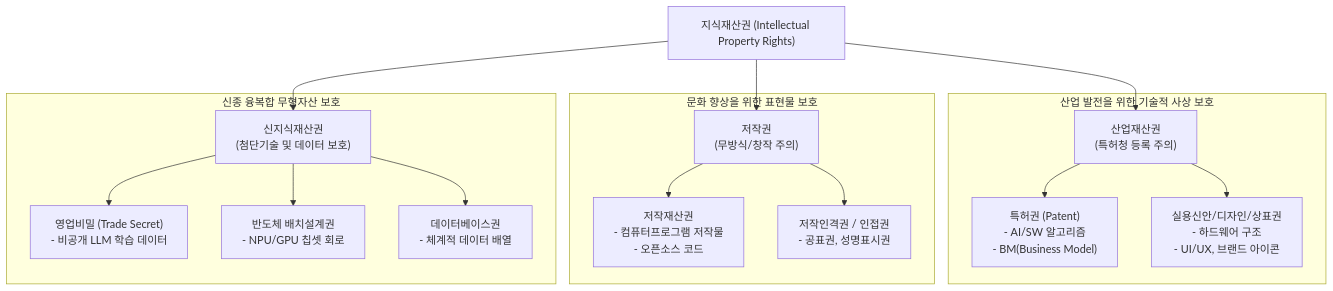
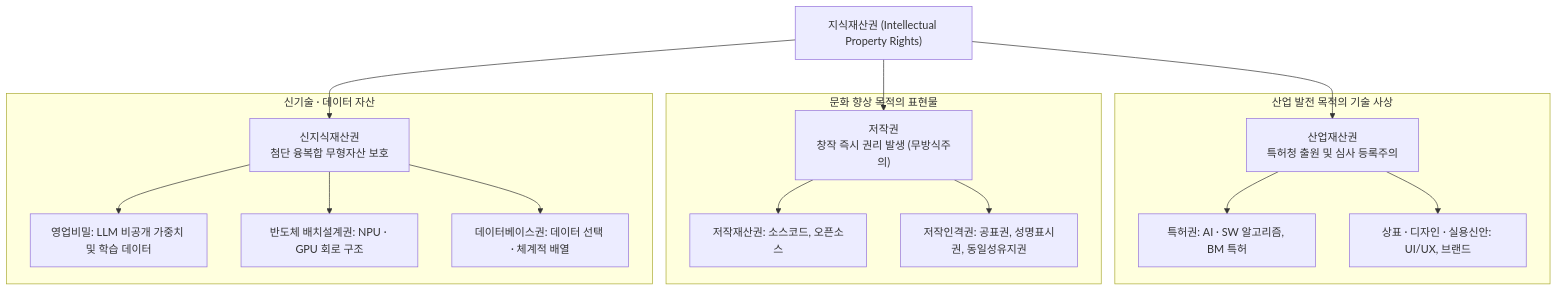
Before and after one commit to supremethumb/supremethumb.github.io: the diagram in content/01_IT Tech/지식재산권.md, drawn with Mermaid. The commit also changed other lines of this file and 362 other files, not shown here.

````diff
--- a/content/01_IT Tech/지식재산권.md
+++ b/content/01_IT Tech/지식재산권.md
@@ -23,25 +36,24 @@
 ```mermaid
 flowchart TB
     Root["지식재산권 (Intellectual Property Rights)"]
     
-    Root --> Ind["산업재산권<br/>(특허청 등록 주의)"]
-    Root --> Copy["저작권<br/>(무방식/창작 주의)"]
-    Root --> NewIP["신지식재산권<br/>(첨단기술 및 데이터 보호)"]
+    Root --> Ind["산업재산권<br/>특허청 출원 및 심사 등록주의"]
+    Root --> Copy["저작권<br/>창작 즉시 권리 발생 (무방식주의)"]
+    Root --> NewIP["신지식재산권<br/>첨단 융복합 무형자산 보호"]
 
-    subgraph "산업 발전을 위한 기술적 사상 보호"
-        Ind --> Pat["특허권 (Patent)<br/>- AI/SW 알고리즘<br/>- BM(Business Model)"]
-        Ind --> Util["실용신안/디자인/상표권<br/>- 하드웨어 구조<br/>- UI/UX, 브랜드 아이콘"]
+    subgraph Ind_Sub ["산업 발전 목적의 기술 사상"]
+        Ind --> Pat["특허권: AI · SW 알고리즘, BM 특허"]
+        Ind --> Design["상표 · 디자인 · 실용신안: UI/UX, 브랜드"]
     end
 
-    subgraph "문화 향상을 위한 표현물 보호"
-        Copy --> C_Prop["저작재산권<br/>- 컴퓨터프로그램 저작물<br/>- 오픈소스 코드"]
-        Copy --> C_Adj["저작인격권 / 인접권<br/>- 공표권, 성명표시권"]
+    subgraph Copy_Sub ["문화 향상 목적의 표현물"]
+        Copy --> C_Prop["저작재산권: 소스코드, 오픈소스"]
+        Copy --> C_Moral["저작인격권: 공표권, 성명표시권, 동일성유지권"]
     end
 
-    subgraph "신종 융복합 무형자산 보호"
-        NewIP --> TS["영업비밀 (Trade Secret)<br/>- 비공개 LLM 학습 데이터"]
-        NewIP --> Semi["반도체 배치설계권<br/>- NPU/GPU 칩셋 회로"]
-        NewIP --> Data["데이터베이스권<br/>- 체계적 데이터 배열"]
+    subgraph NewIP_Sub ["신기술 · 데이터 자산"]
+        NewIP --> TS["영업비밀: LLM 비공개 가중치 및 학습 데이터"]
+        NewIP --> Semi["반도체 배치설계권: NPU · GPU 회로 구조"]
+        NewIP --> Data["데이터베이스권: 데이터 선택 · 체계적 배열"]
     end
-
 ```
````
